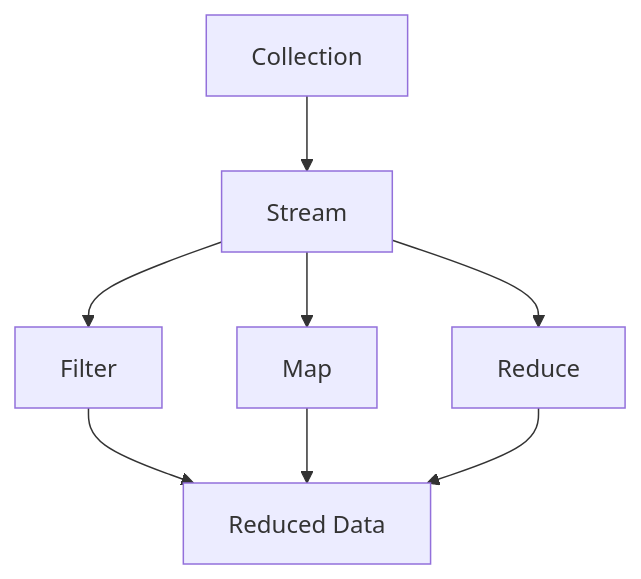
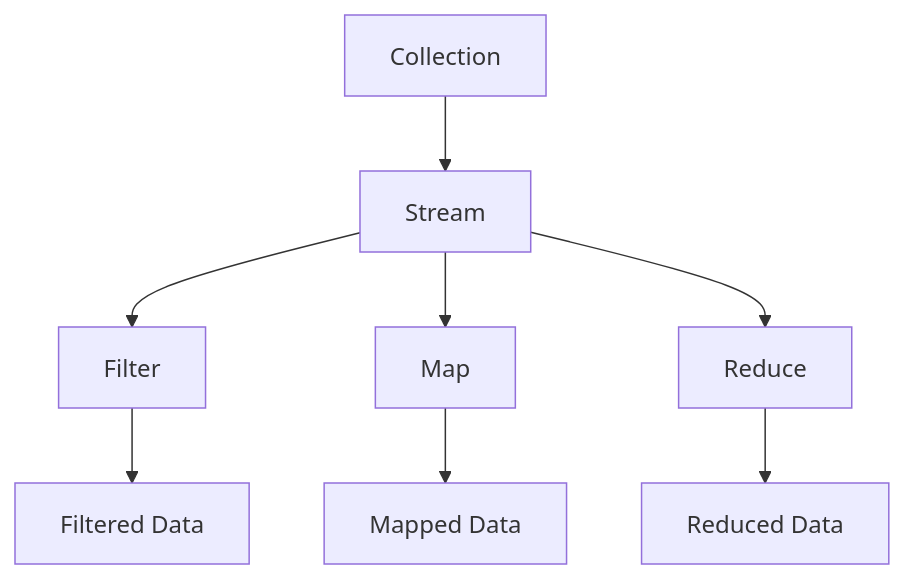
Before and after one commit to DanielCreggOrganization/w8-lab-stream-nastaj: the second of 6 diagrams in README.md, drawn with Mermaid. The commit also changed other lines of this file, not shown here.

````diff
--- a/README.md
+++ b/README.md
@@ -63,10 +70,10 @@
 ```mermaid
 graph TD
     A[Collection] --> B[Stream]
     B --> C[Filter]
     B --> D[Map]
     B --> E[Reduce]
     C --> F[Filtered Data]
-    D --> F[Mapped Data]
-    E --> F[Reduced Data]
+    D --> G[Mapped Data]
+    E --> H[Reduced Data]
 ```
````
